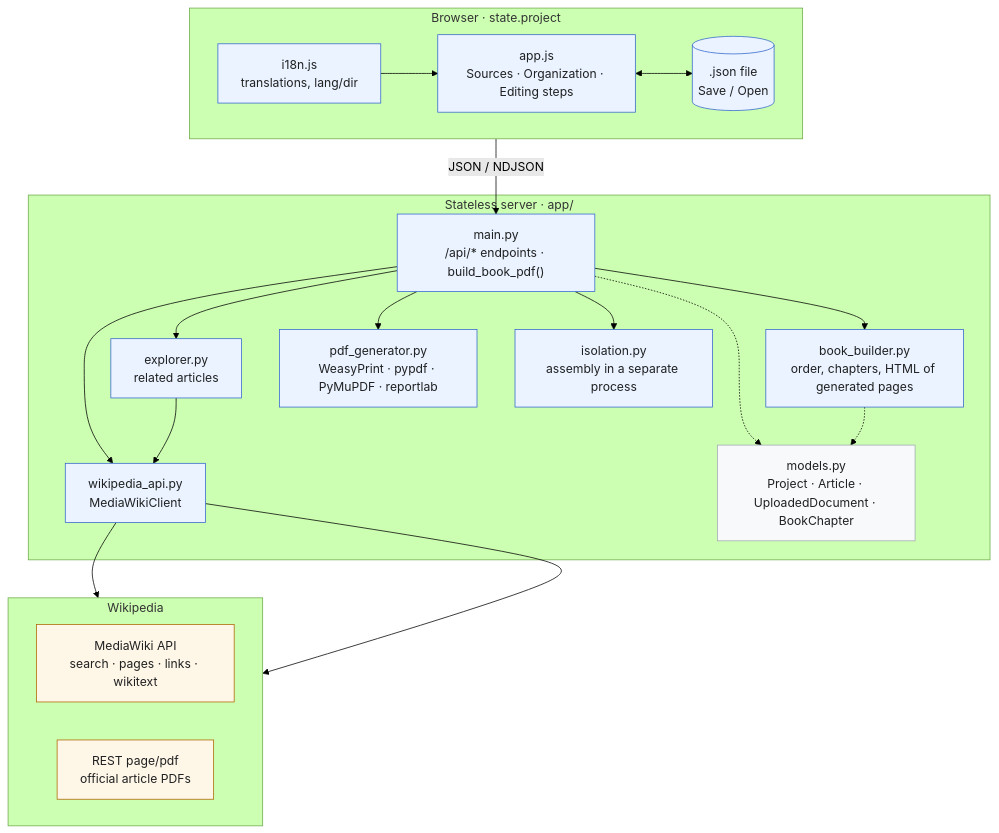
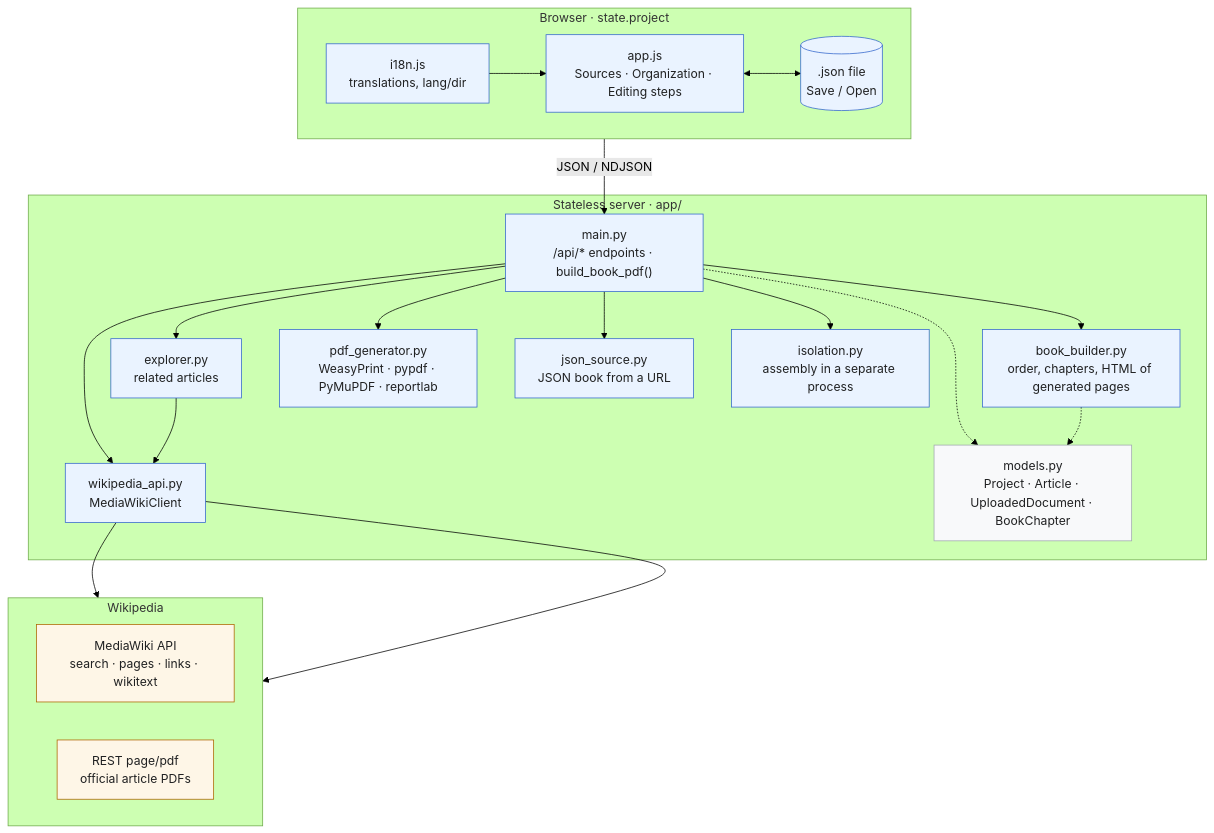
The first of 2 diagrams in docs/SPECIFICATIONS.en.md (gmoulard/wikipedia2book), drawn with Mermaid (forest theme) before and after one commit. The commit also changed other lines of this file and 7 other files, not shown here.

Commit message:
Livre ouvert depuis l'URL d'un fichier JSON : ?json=<url> dans la page, GET /api/pdf/from-json?url=<url> pour le PDF

````diff
--- a/docs/SPECIFICATIONS.en.md
+++ b/docs/SPECIFICATIONS.en.md
@@ -939,46 +943,48 @@
 ```mermaid
 flowchart TB
     subgraph Browser["Browser · state.project"]
         direction LR
         I18N["i18n.js<br/>translations, lang/dir"]
         APP["app.js<br/>Sources · Organization · Editing steps"]
         FILE[(".json file<br/>Save / Open")]
         I18N --> APP
         APP <--> FILE
     end
 
     subgraph Server["Stateless server · app/"]
         MAIN["main.py<br/>/api/* endpoints · build_book_pdf()"]
         EXPL["explorer.py<br/>related articles"]
         BB["book_builder.py<br/>order, chapters, HTML of generated pages"]
         PDFG["pdf_generator.py<br/>WeasyPrint · pypdf · PyMuPDF · reportlab"]
         WAPI["wikipedia_api.py<br/>MediaWikiClient"]
+        JSRC["json_source.py<br/>JSON book from a URL"]
         MODELS["models.py<br/>Project · Article · UploadedDocument · BookChapter"]
         MAIN --> EXPL
         MAIN --> BB
         ISO["isolation.py<br/>assembly in a separate process"]
         MAIN --> ISO
         MAIN --> PDFG
         MAIN --> WAPI
+        MAIN --> JSRC
         EXPL --> WAPI
     end
 
     subgraph Wikipedia["Wikipedia"]
         direction LR
         MW["MediaWiki API<br/>search · pages · links · wikitext"]
         REST["REST page/pdf<br/>official article PDFs"]
     end
 
     APP -- "JSON / NDJSON" --> MAIN
     WAPI --> MW
     WAPI --> REST
     MAIN -.-> MODELS
     BB -.-> MODELS
 
     classDef app fill:#eaf3ff,stroke:#3366cc,color:#202122
     classDef wiki fill:#fef6e7,stroke:#ac6600,color:#202122
     classDef shared fill:#f8f9fa,stroke:#a2a9b1,color:#202122
-    class I18N,APP,FILE,MAIN,EXPL,BB,PDFG,WAPI,ISO app
+    class I18N,APP,FILE,MAIN,EXPL,BB,PDFG,WAPI,ISO,JSRC app
     class MW,REST wiki
     class MODELS shared
 ```
````
